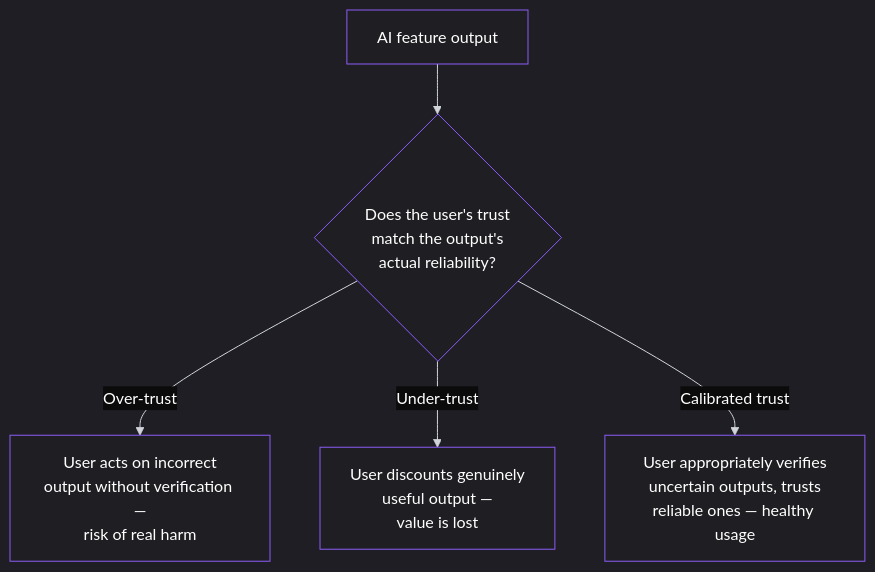
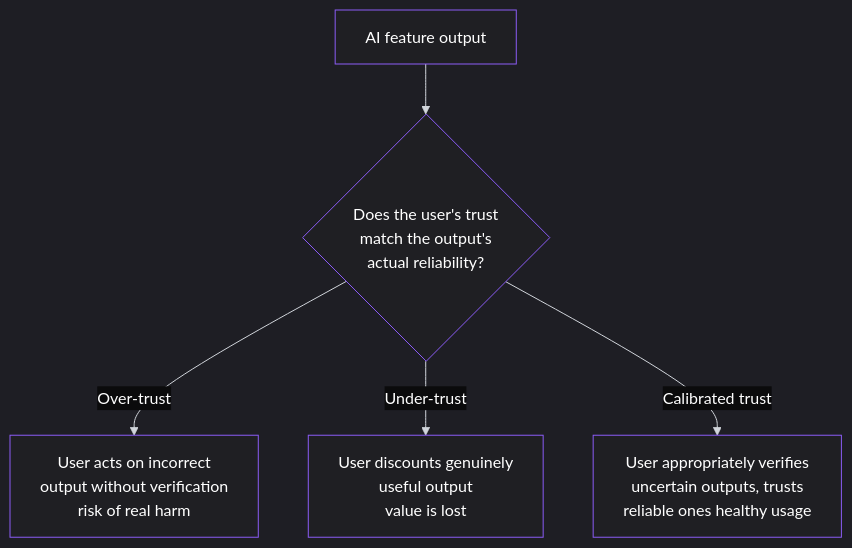
Before and after one commit to pmacademy-app/web: the second of 3 diagrams in content/lessons/lesson-058.md, drawn with Mermaid. The commit also changed other lines of this file and 90 other files, not shown here.

````diff
--- a/content/lessons/lesson-058.md
+++ b/content/lessons/lesson-058.md
@@ -93,37 +93,37 @@
 ```mermaid
 %%{init: {
   "theme": "dark",
   "themeVariables": {
     "background": "#0b0b0c",
     "primaryColor": "#1f1f23",
     "primaryTextColor": "#ffffff",
     "primaryBorderColor": "#8b5cf6",
     "lineColor": "#d1d5db",
     "secondaryColor": "#18181b",
     "tertiaryColor": "#111111",
     "mainBkg": "#1f1f23",
     "nodeBorder": "#8b5cf6",
     "clusterBkg": "#000000",
     "clusterBorder": "#27272a",
     "titleColor": "#ffffff",
     "edgeLabelBackground": "#0b0b0c",
     "nodeTextColor": "#ffffff",
     "edgeLabelColor": "#ffffff",
     "actorBorder": "#8b5cf6",
     "actorBkg": "#1f1f23",
     "actorTextColor": "#ffffff",
     "sequenceNumberColor": "#ffffff",
     "signalColor": "#8b5cf6",
     "signalTextColor": "#ffffff",
     "textColor": "#ffffff",
     "classText": "#ffffff",
     "classBorder": "#8b5cf6",
     "classBkg": "#1f1f23"
   }
 }}%%
 graph TD
     A[AI feature output] --> B{Does the user's trust<br/>match the output's<br/>actual reliability?}
-    B -->|Over-trust| C[User acts on incorrect<br/>output without verification —<br/>risk of real harm]
-    B -->|Under-trust| D[User discounts genuinely<br/>useful output —<br/>value is lost]
-    B -->|Calibrated trust| E[User appropriately verifies<br/>uncertain outputs, trusts<br/>reliable ones — healthy usage]
+    B -->|Over-trust| C[User acts on incorrect<br/>output without verification <br/>risk of real harm]
+    B -->|Under-trust| D[User discounts genuinely<br/>useful output <br/>value is lost]
+    B -->|Calibrated trust| E[User appropriately verifies<br/>uncertain outputs, trusts<br/>reliable ones healthy usage]
 ```
````
